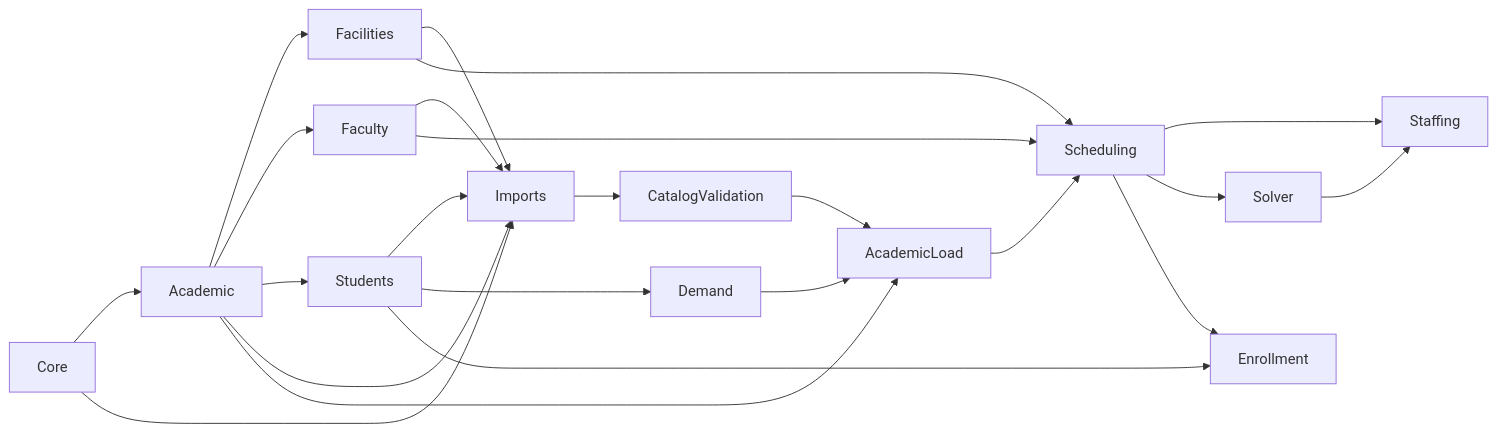
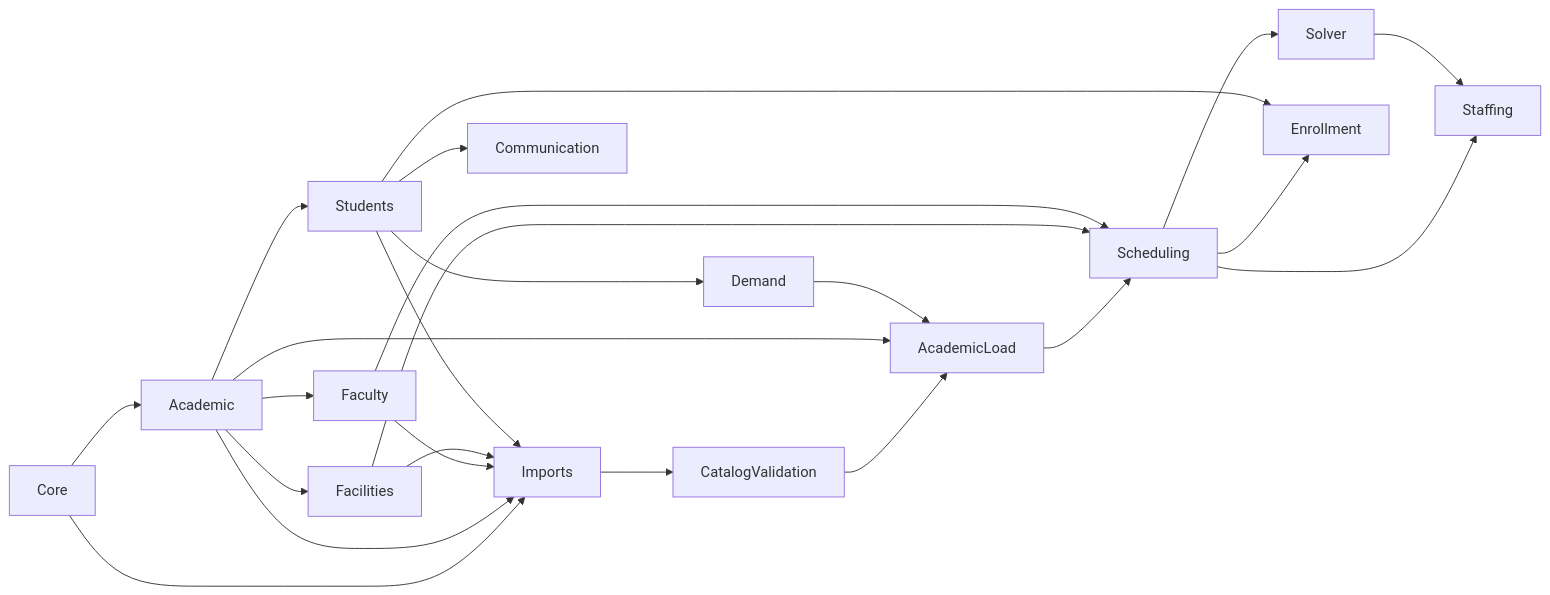
Before and after one commit to Erne1357/nexus: the first of 5 diagrams in docs/dominio/modelo-de-datos.md, drawn with Mermaid. The commit also changed 30 other files, not shown here.

````diff
--- a/docs/dominio/modelo-de-datos.md
+++ b/docs/dominio/modelo-de-datos.md
@@ -14,21 +14,22 @@
 ```mermaid
 flowchart LR
     Core --> Academic --> Facilities
     Academic --> Faculty
     Academic --> Students
     Core --> Imports
     Academic --> Imports
     Faculty --> Imports
     Facilities --> Imports
     Students --> Imports
     Imports --> CatalogValidation
     CatalogValidation --> AcademicLoad
     Academic --> AcademicLoad
     Students --> Demand --> AcademicLoad
     AcademicLoad --> Scheduling
     Facilities --> Scheduling
     Faculty --> Scheduling --> Staffing
     Scheduling --> Solver --> Staffing
     Scheduling --> Enrollment
     Students --> Enrollment
+    Students --> Communication
 ```
````
